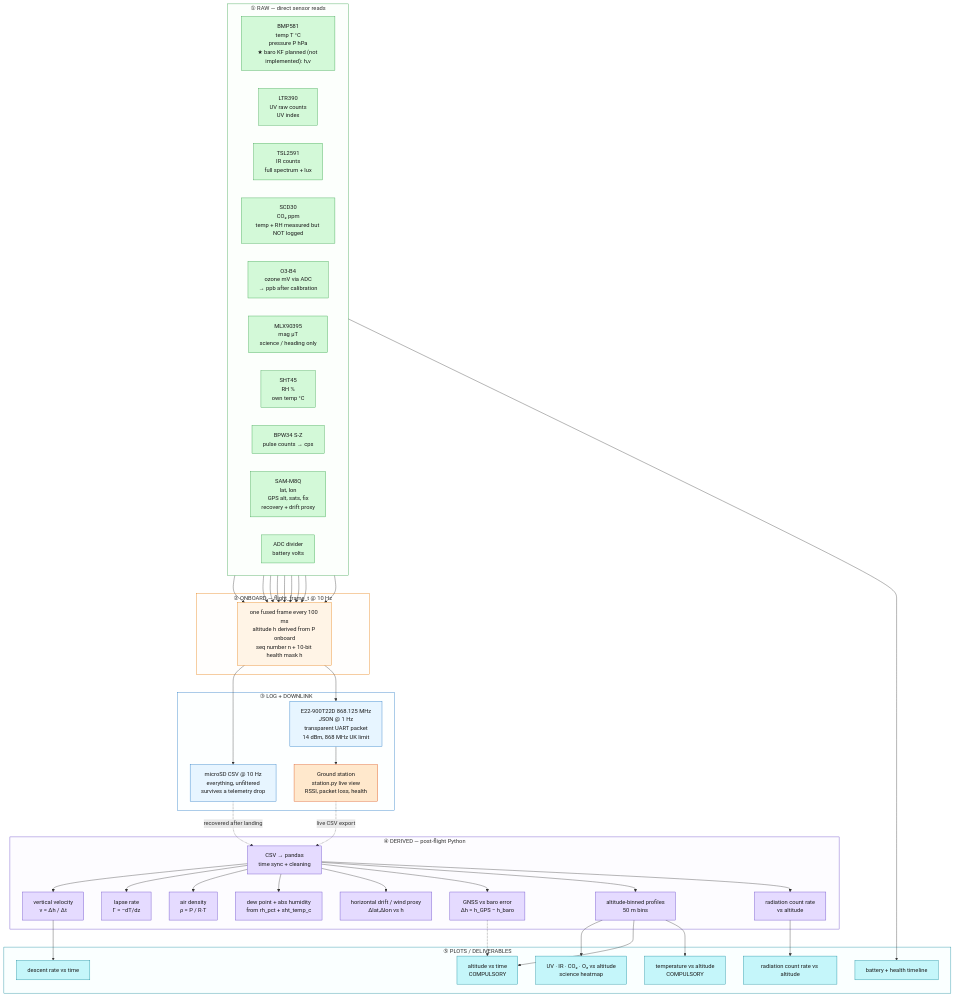
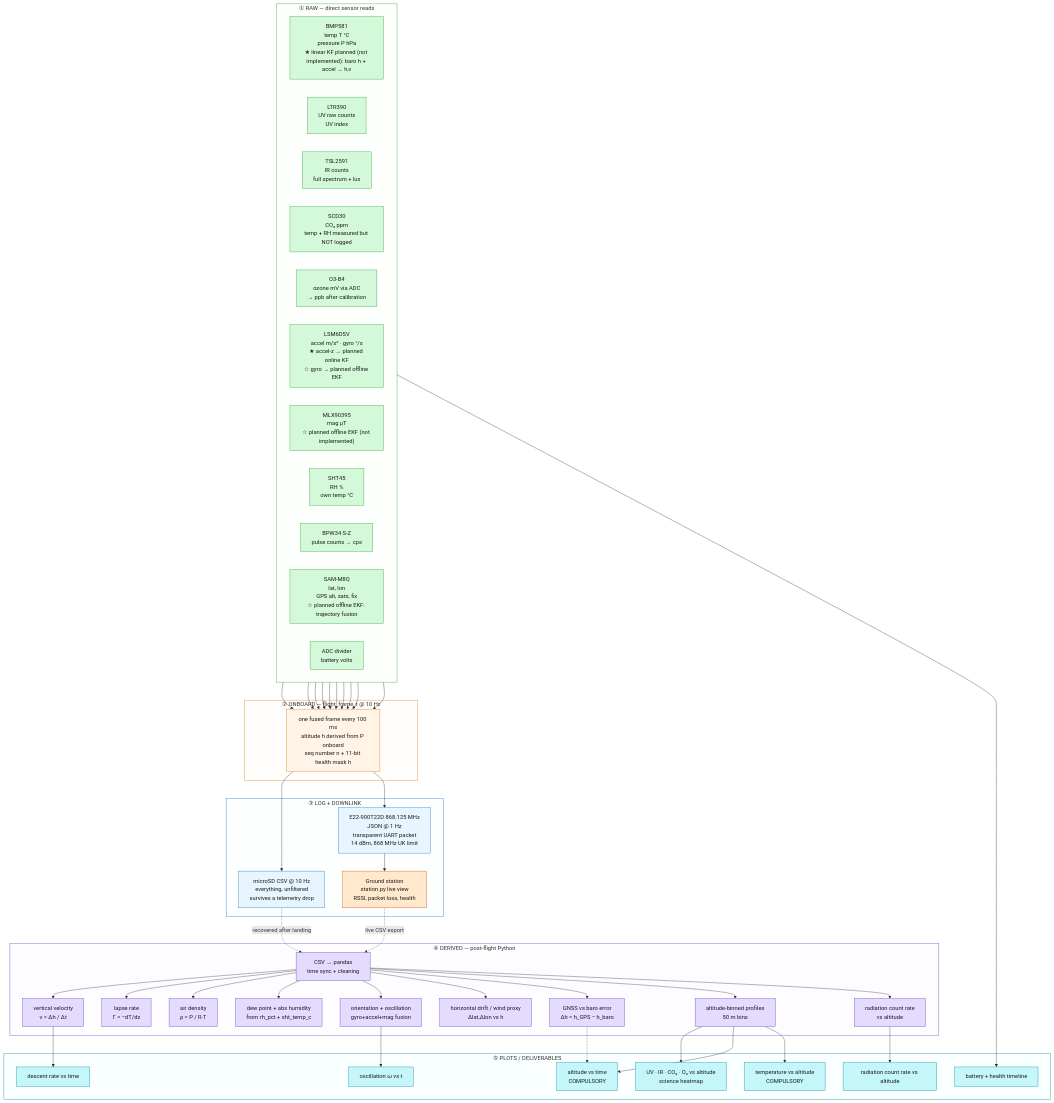
One commit to Phyeory/cansat-firmware changed the diagram in docs/DATA-PIPELINE.md. Above: the diagram before and after it, drawn with Mermaid. The commit also changed other lines of this file and 21 other files, not shown here.

First line of the commit message:
feat: integrate LSM6DSV IMU sensor for enhanced motion tracking

```diff
--- a/docs/DATA-PIPELINE.md
+++ b/docs/DATA-PIPELINE.md
@@ -16,21 +16,22 @@
     %% ================= RAW SENSORS =================
     subgraph raw["① RAW — direct sensor reads"]
         direction LR
-        BMP["BMP581<br/>temp T °C<br/>pressure P hPa<br/>★ baro KF planned (not implemented): h,v"]
+        BMP["BMP581<br/>temp T °C<br/>pressure P hPa<br/>★ linear KF planned (not implemented): baro h + accel → h,v"]
         LTR["LTR390<br/>UV raw counts<br/>UV index"]
         TSL["TSL2591<br/>IR counts<br/>full spectrum + lux"]
         SCD["SCD30<br/>CO₂ ppm<br/>temp + RH measured but NOT logged"]
         O3["O3-B4<br/>ozone mV via ADC<br/>→ ppb after calibration"]
-        MLX["MLX90395<br/>mag µT<br/>science / heading only"]
+        LSM["LSM6DSV<br/>accel m/s² · gyro °/s<br/>★ accel-z → planned online KF<br/>☆ gyro → planned offline EKF"]
+        MLX["MLX90395<br/>mag µT<br/>☆ planned offline EKF (not implemented)"]
         SHT["SHT45<br/>RH %<br/>own temp °C"]
         RAD["BPW34 S-Z<br/>pulse counts → cps"]
-        GPS["SAM-M8Q<br/>lat, lon<br/>GPS alt, sats, fix<br/>recovery + drift proxy"]
+        GPS["SAM-M8Q<br/>lat, lon<br/>GPS alt, sats, fix<br/>☆ planned offline EKF: trajectory fusion"]
         BAT["ADC divider<br/>battery volts"]
     end
 
     %% ================= ONBOARD FUSION =================
     subgraph frame["② ONBOARD — flight_frame_t @ 10 Hz"]
-        FUS["one fused frame every 100 ms<br/>altitude h derived from P onboard<br/>seq number n + 10-bit health mask h"]
+        FUS["one fused frame every 100 ms<br/>altitude h derived from P onboard<br/>seq number n + 11-bit health mask h"]
     end
 
     %% ================= LOG + DOWNLINK =================
@@ -47,6 +48,7 @@
         LAP["lapse rate<br/>Γ = −dT/dz"]
         DEN["air density<br/>ρ = P / R·T"]
         HUM["dew point + abs humidity<br/>from rh_pct + sht_temp_c"]
+        ATT["orientation + oscillation<br/>gyro+accel+mag fusion"]
         WIND["horizontal drift / wind proxy<br/>Δlat,Δlon vs h"]
         ERR["GNSS vs baro error<br/>Δh = h_GPS − h_baro"]
         BIN["altitude-binned profiles<br/>50 m bins"]
@@ -60,6 +62,7 @@
         P3["descent rate vs time"]
         P4["UV · IR · CO₂ · O₃ vs altitude<br/>science heatmap"]
         P5["battery + health timeline"]
+        P6["oscillation ω vs t"]
         P7["radiation count rate vs altitude"]
     end
 
@@ -69,6 +72,7 @@
     TSL --> FUS
     SCD --> FUS
     O3 --> FUS
+    LSM --> FUS
     MLX --> FUS
     SHT --> FUS
     GPS --> FUS
@@ -85,6 +89,7 @@
     PY --> LAP
     PY --> DEN
     PY --> HUM
+    PY --> ATT
     PY --> WIND
     PY --> ERR
     PY --> BIN
@@ -93,6 +98,7 @@
     V --> P3
     BIN --> P4
     BIN --> P1
+    ATT --> P6
     BIN --> P2
     ERR -.-> P1
     BAT --> P5
@@ -106,12 +112,12 @@
     classDef derN fill:#e5dbff,stroke:#5f3dc4,color:#1b1b1b
     classDef plotN fill:#c5f6fa,stroke:#0c8599,color:#1b1b1b
 
-    class BMP,LTR,TSL,SCD,O3,MLX,SHT,RAD,GPS,BAT rawN
+    class BMP,LTR,TSL,SCD,O3,LSM,MLX,SHT,RAD,GPS,BAT rawN
     class FUS frameN
     class SD,LORA storeN
     class GS groundN
-    class PY,V,LAP,DEN,HUM,WIND,ERR,BIN,RADC derN
-    class P1,P2,P3,P4,P5,P7 plotN
+    class PY,V,LAP,DEN,HUM,ATT,WIND,ERR,BIN,RADC derN
+    class P1,P2,P3,P4,P5,P6,P7 plotN
 
     style raw fill:#d3f9d815,stroke:#2f9e44
     style frame fill:#fff4e615,stroke:#e67700
```
